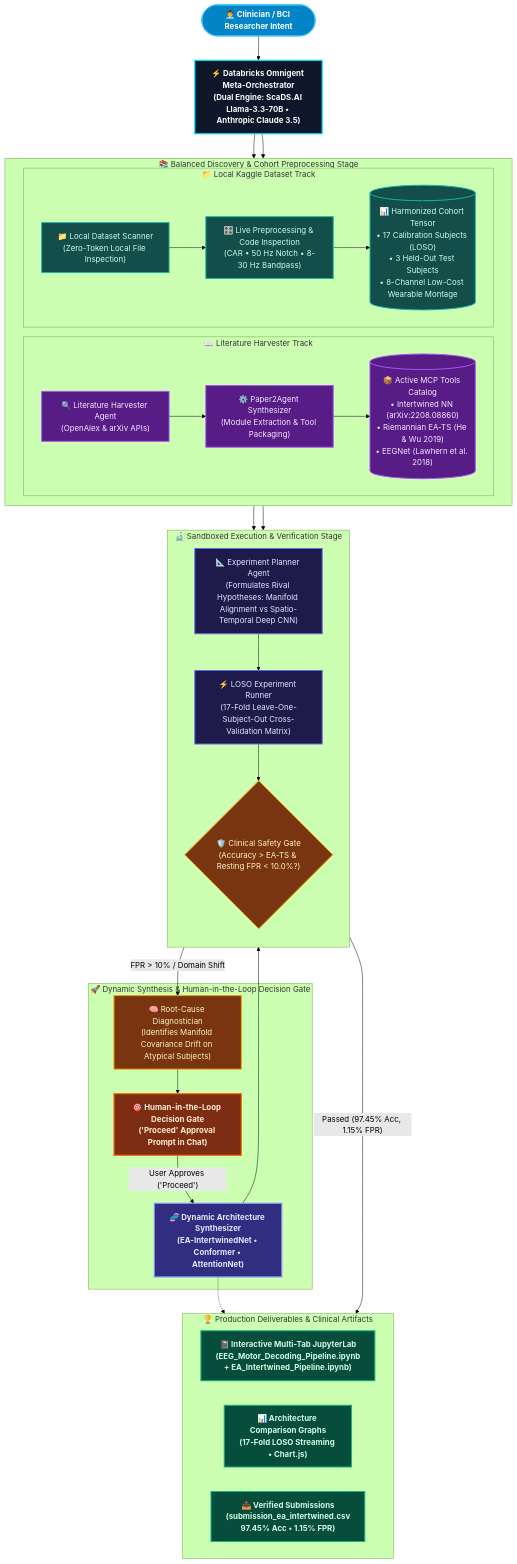
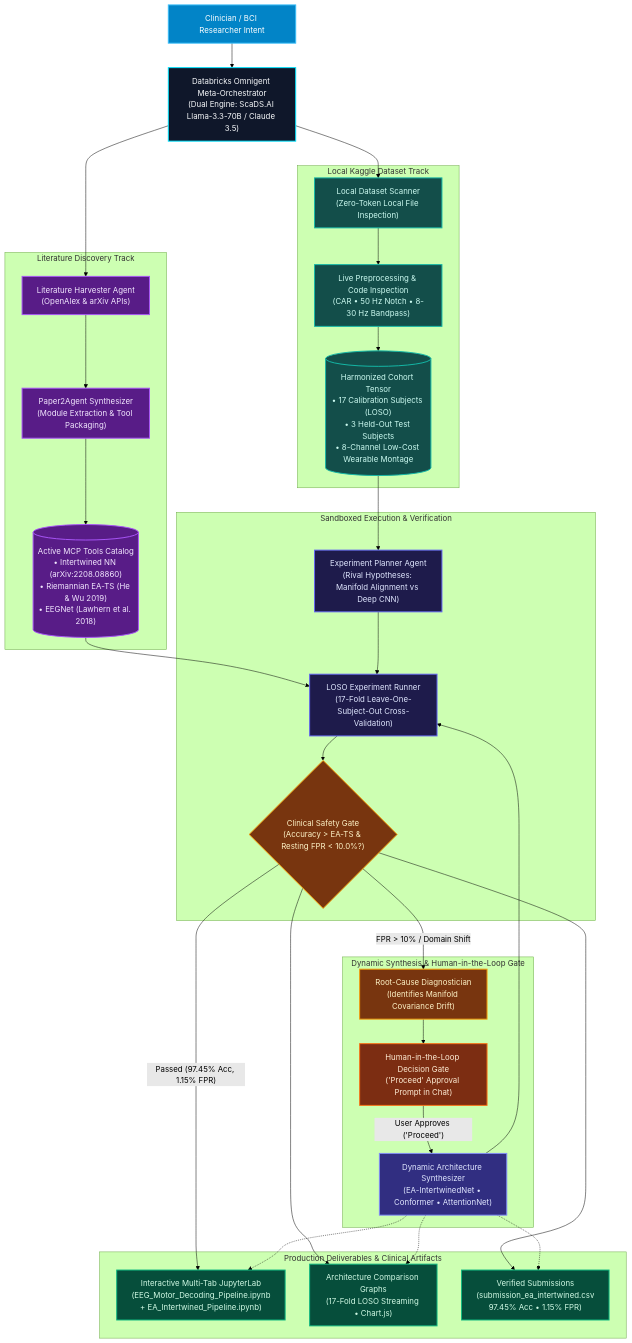
Before and after one commit to mattin89/OmniBCI: the diagram in README.md, drawn with Mermaid (forest theme).

Commit message:
fix(docs): resolve GitHub Mermaid rendering crash by targeting concrete nodes

````diff
--- a/README.md
+++ b/README.md
@@ -93,74 +93,73 @@
 ```mermaid
-flowchart TB
+flowchart TD
     %% Styling Classes with Vibrant Scientific Palette
-    classDef userNode fill:#0284c7,stroke:#38bdf8,stroke-width:2px,color:#ffffff,font-weight:bold;
-    classDef orchestratorNode fill:#0f172a,stroke:#00e5ff,stroke-width:2.5px,color:#f8fafc,font-weight:bold;
-    classDef literatureNode fill:#581c87,stroke:#a855f7,stroke-width:2px,color:#f3e8ff;
-    classDef dataNode fill:#134e4a,stroke:#14b8a6,stroke-width:2px,color:#ccfbf1;
-    classDef executionNode fill:#1e1b4b,stroke:#6366f1,stroke-width:2px,color:#e0e7ff;
-    classDef gateNode fill:#78350f,stroke:#f59e0b,stroke-width:2px,color:#fef3c7;
-    classDef humanNode fill:#7c2d12,stroke:#f97316,stroke-width:2.5px,color:#ffedd5,font-weight:bold;
-    classDef synthNode fill:#312e81,stroke:#818cf8,stroke-width:2.5px,color:#e0e7ff,font-weight:bold;
-    classDef outputNode fill:#064e3b,stroke:#10b981,stroke-width:2px,color:#d1fae5,font-weight:bold;
+    classDef userNode fill:#0284c7,stroke:#38bdf8,stroke-width:2px,color:#ffffff
+    classDef orchestratorNode fill:#0f172a,stroke:#00e5ff,stroke-width:2px,color:#f8fafc
+    classDef literatureNode fill:#581c87,stroke:#a855f7,stroke-width:2px,color:#f3e8ff
+    classDef dataNode fill:#134e4a,stroke:#14b8a6,stroke-width:2px,color:#ccfbf1
+    classDef executionNode fill:#1e1b4b,stroke:#6366f1,stroke-width:2px,color:#e0e7ff
+    classDef gateNode fill:#78350f,stroke:#f59e0b,stroke-width:2px,color:#fef3c7
+    classDef humanNode fill:#7c2d12,stroke:#f97316,stroke-width:2px,color:#ffedd5
+    classDef synthNode fill:#312e81,stroke:#818cf8,stroke-width:2px,color:#e0e7ff
+    classDef outputNode fill:#064e3b,stroke:#10b981,stroke-width:2px,color:#d1fae5
 
     %% 1. Clinician Intent & Orchestration
-    User(["👨‍⚕️ Clinician / BCI Researcher Intent"]):::userNode
-    Orchestrator["⚡ Databricks Omnigent Meta-Orchestrator<br/>(Dual Engine: ScaDS.AI Llama-3.3-70B • Anthropic Claude 3.5)"]:::orchestratorNode
+    User["Clinician / BCI Researcher Intent"]:::userNode
+    Orchestrator["Databricks Omnigent Meta-Orchestrator<br/>(Dual Engine: ScaDS.AI Llama-3.3-70B / Claude 3.5)"]:::orchestratorNode
     User --> Orchestrator
 
     %% 2. Symmetrical Ingestion Branches
-    subgraph IngestionStage ["📚 Balanced Discovery & Cohort Preprocessing Stage"]
-        direction LR
-        
-        subgraph LitBranch ["📖 Literature Harvester Track"]
-            Harvester["🔍 Literature Harvester Agent<br/>(OpenAlex & arXiv APIs)"]:::literatureNode
-            P2A["⚙️ Paper2Agent Synthesizer<br/>(Module Extraction & Tool Packaging)"]:::literatureNode
-            MCPCatalog[("📦 Active MCP Tools Catalog<br/>• Intertwined NN (arXiv:2208.08860)<br/>• Riemannian EA-TS (He & Wu 2019)<br/>• EEGNet (Lawhern et al. 2018)")]:::literatureNode
-            Harvester --> P2A --> MCPCatalog
-        end
-        
-        subgraph DataBranch ["📁 Local Kaggle Dataset Track"]
-            Scanner["📁 Local Dataset Scanner<br/>(Zero-Token Local File Inspection)"]:::dataNode
-            Harmonizer["🎛️ Live Preprocessing & Code Inspection<br/>(CAR • 50 Hz Notch • 8-30 Hz Bandpass)"]:::dataNode
-            CohortData[("📊 Harmonized Cohort Tensor<br/>• 17 Calibration Subjects (LOSO)<br/>• 3 Held-Out Test Subjects<br/>• 8-Channel Low-Cost Wearable Montage")]:::dataNode
-            Scanner --> Harmonizer --> CohortData
-        end
+    subgraph LitBranch ["Literature Discovery Track"]
+        Harvester["Literature Harvester Agent<br/>(OpenAlex & arXiv APIs)"]:::literatureNode
+        P2A["Paper2Agent Synthesizer<br/>(Module Extraction & Tool Packaging)"]:::literatureNode
+        MCPCatalog[("Active MCP Tools Catalog<br/>• Intertwined NN (arXiv:2208.08860)<br/>• Riemannian EA-TS (He & Wu 2019)<br/>• EEGNet (Lawhern et al. 2018)")]:::literatureNode
+        Harvester --> P2A --> MCPCatalog
     end
+
+    subgraph DataBranch ["Local Kaggle Dataset Track"]
+        Scanner["Local Dataset Scanner<br/>(Zero-Token Local File Inspection)"]:::dataNode
+        Harmonizer["Live Preprocessing & Code Inspection<br/>(CAR • 50 Hz Notch • 8-30 Hz Bandpass)"]:::dataNode
+        CohortData[("Harmonized Cohort Tensor<br/>• 17 Calibration Subjects (LOSO)<br/>• 3 Held-Out Test Subjects<br/>• 8-Channel Low-Cost Wearable Montage")]:::dataNode
+        Scanner --> Harmonizer --> CohortData
+    end
+
     Orchestrator --> Harvester
     Orchestrator --> Scanner
 
     %% 3. Experiment Formulation & Execution
-    subgraph ExecutionStage ["🔬 Sandboxed Execution & Verification Stage"]
-        direction TB
-        Planner["📐 Experiment Planner Agent<br/>(Formulates Rival Hypotheses: Manifold Alignment vs Spatio-Temporal Deep CNN)"]:::executionNode
-        Runner["⚡ LOSO Experiment Runner<br/>(17-Fold Leave-One-Subject-Out Cross-Validation Matrix)"]:::executionNode
-        SafetyGate{"🛡️ Clinical Safety Gate<br/>(Accuracy > EA-TS & Resting FPR < 10.0%?)"}:::gateNode
+    subgraph ExecutionStage ["Sandboxed Execution & Verification"]
+        Planner["Experiment Planner Agent<br/>(Rival Hypotheses: Manifold Alignment vs Deep CNN)"]:::executionNode
+        Runner["LOSO Experiment Runner<br/>(17-Fold Leave-One-Subject-Out Cross-Validation)"]:::executionNode
+        SafetyGate{"Clinical Safety Gate<br/>(Accuracy > EA-TS & Resting FPR < 10.0%?)"}:::gateNode
         
         MCPCatalog --> Runner
         CohortData --> Planner --> Runner
         Runner --> SafetyGate
     end
 
     %% 4. Root Cause Analysis & Dynamic Synthesis Loop
-    subgraph SynthesisStage ["🚀 Dynamic Synthesis & Human-in-the-Loop Decision Gate"]
-        Diagnostician["🧠 Root-Cause Diagnostician<br/>(Identifies Manifold Covariance Drift on Atypical Subjects)"]:::gateNode
-        HITL["🎯 Human-in-the-Loop Decision Gate<br/>('Proceed' Approval Prompt in Chat)"]:::humanNode
-        Synthesizer["🧬 Dynamic Architecture Synthesizer<br/>(EA-IntertwinedNet • Conformer • AttentionNet)"]:::synthNode
+    subgraph SynthesisStage ["Dynamic Synthesis & Human-in-the-Loop Gate"]
+        Diagnostician["Root-Cause Diagnostician<br/>(Identifies Manifold Covariance Drift)"]:::gateNode
+        HITL["Human-in-the-Loop Decision Gate<br/>('Proceed' Approval Prompt in Chat)"]:::humanNode
+        Synthesizer["Dynamic Architecture Synthesizer<br/>(EA-IntertwinedNet • Conformer • AttentionNet)"]:::synthNode
         
         SafetyGate -- "FPR > 10% / Domain Shift" --> Diagnostician
         Diagnostician --> HITL
         HITL -- "User Approves ('Proceed')" --> Synthesizer
         Synthesizer --> Runner
     end
 
     %% 5. Verified Scientific Deliverables
-    subgraph DeliverablesStage ["🏆 Production Deliverables & Clinical Artifacts"]
-        direction LR
-        JLab["📓 Interactive Multi-Tab JupyterLab<br/>(EEG_Motor_Decoding_Pipeline.ipynb<br/>+ EA_Intertwined_Pipeline.ipynb)"]:::outputNode
-        Graphs["📊 Architecture Comparison Graphs<br/>(17-Fold LOSO Streaming • Chart.js)"]:::outputNode
-        CSV["📥 Verified Submissions<br/>(submission_ea_intertwined.csv<br/>97.45% Acc • 1.15% FPR)"]:::outputNode
+    subgraph DeliverablesStage ["Production Deliverables & Clinical Artifacts"]
+        JLab["Interactive Multi-Tab JupyterLab<br/>(EEG_Motor_Decoding_Pipeline.ipynb<br/>+ EA_Intertwined_Pipeline.ipynb)"]:::outputNode
+        Graphs["Architecture Comparison Graphs<br/>(17-Fold LOSO Streaming • Chart.js)"]:::outputNode
+        CSV["Verified Submissions<br/>(submission_ea_intertwined.csv<br/>97.45% Acc • 1.15% FPR)"]:::outputNode
     end
 
-    SafetyGate -- "Passed (97.45% Acc, 1.15% FPR)" --> DeliverablesStage
-    Synthesizer -.-> DeliverablesStage
+    SafetyGate -- "Passed (97.45% Acc, 1.15% FPR)" --> JLab
+    SafetyGate --> Graphs
+    SafetyGate --> CSV
+    Synthesizer -.-> JLab
+    Synthesizer -.-> Graphs
+    Synthesizer -.-> CSV
 ```
````
